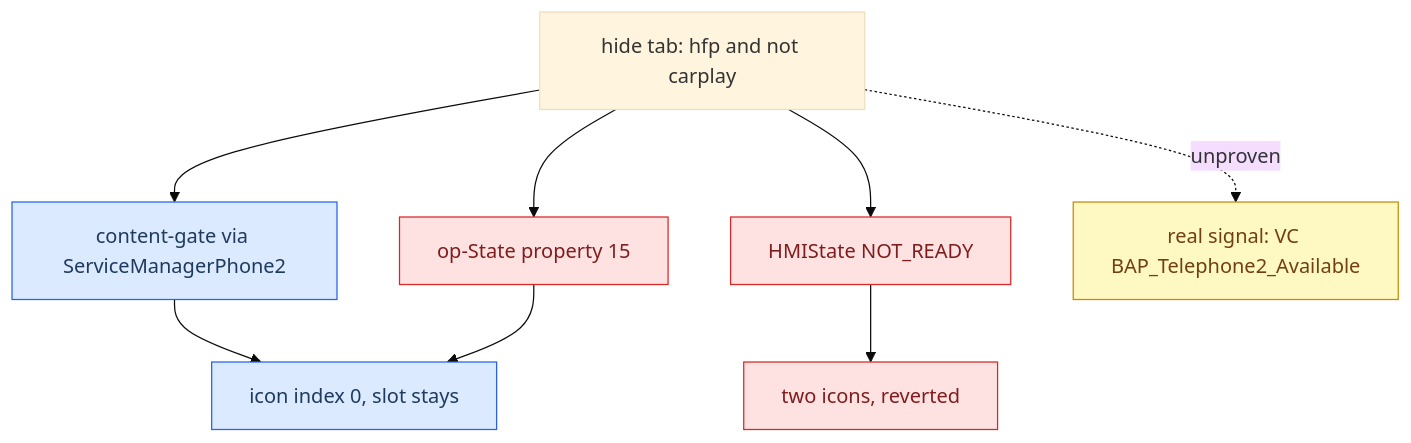
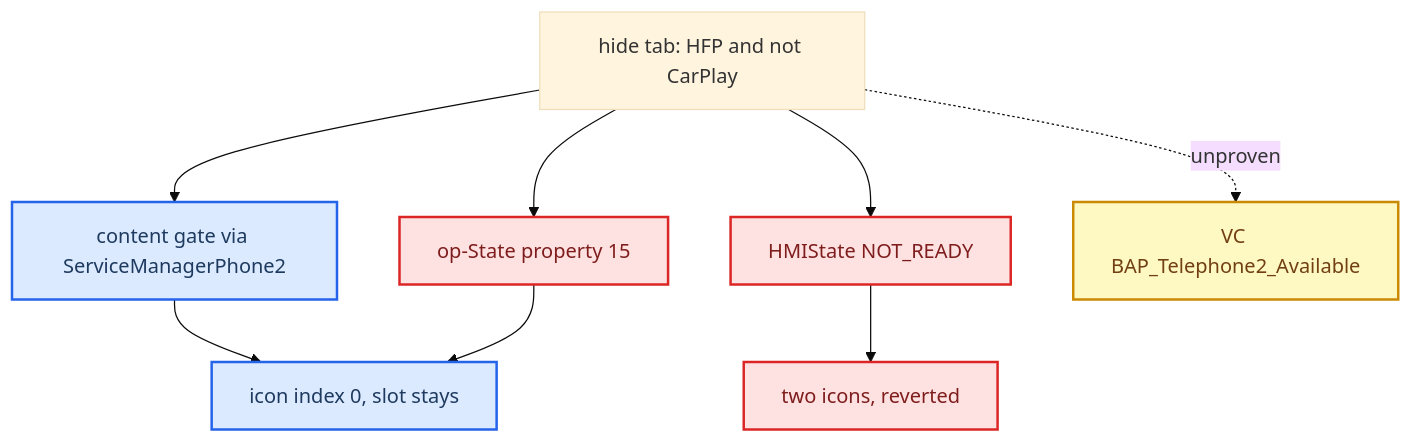
Before and after one commit to luka-dev/mib2q-carplay-rgi: the diagram in docs-obsidian/Cluster and RGI/Phone Tab Gating.md, drawn with Mermaid (base theme). The commit also changed other lines of this file and 43 other files, not shown here.

````diff
--- a/docs-obsidian/Cluster and RGI/Phone Tab Gating.md
+++ b/docs-obsidian/Cluster and RGI/Phone Tab Gating.md
@@ -42,22 +54,22 @@
 ```mermaid
 flowchart TD
   accTitle: Phone tab gating levers
-  accDescr: Which cluster levers change only the icon versus removing the slot, and where the real signal lives.
-  goal["hide tab: hfp and not carplay"]
-  content["content-gate via ServiceManagerPhone2"]
+  accDescr: Which cluster levers change only the icon versus breaking the domain, and where the real availability signal lives.
+  goal["hide tab: HFP and not CarPlay"]
+  content["content gate via ServiceManagerPhone2"]
   opstate["op-State property 15"]
   hmistate["HMIState NOT_READY"]
   icon["icon index 0, slot stays"]
   twoicons["two icons, reverted"]
-  real["real signal: VC BAP_Telephone2_Available"]
+  real["VC BAP_Telephone2_Available"]
   goal --> content --> icon
   goal --> opstate --> icon
   goal --> hmistate --> twoicons
-  goal -.unproven.-> real
+  goal -.->|unproven| real
+  classDef primary fill:#dbeafe,stroke:#2563eb,stroke-width:2px,color:#1e3a5f
+  classDef warning fill:#fef9c3,stroke:#ca8a04,stroke-width:2px,color:#713f12
+  classDef danger fill:#fee2e2,stroke:#dc2626,stroke-width:2px,color:#7f1d1d
   class content,icon primary
   class opstate,hmistate,twoicons danger
   class real warning
-  classDef primary fill:#dbeafe,stroke:#2563eb,color:#1e3a5f
-  classDef warning fill:#fef9c3,stroke:#ca8a04,color:#713f12
-  classDef danger fill:#fee2e2,stroke:#dc2626,color:#7f1d1d
 ```
````
